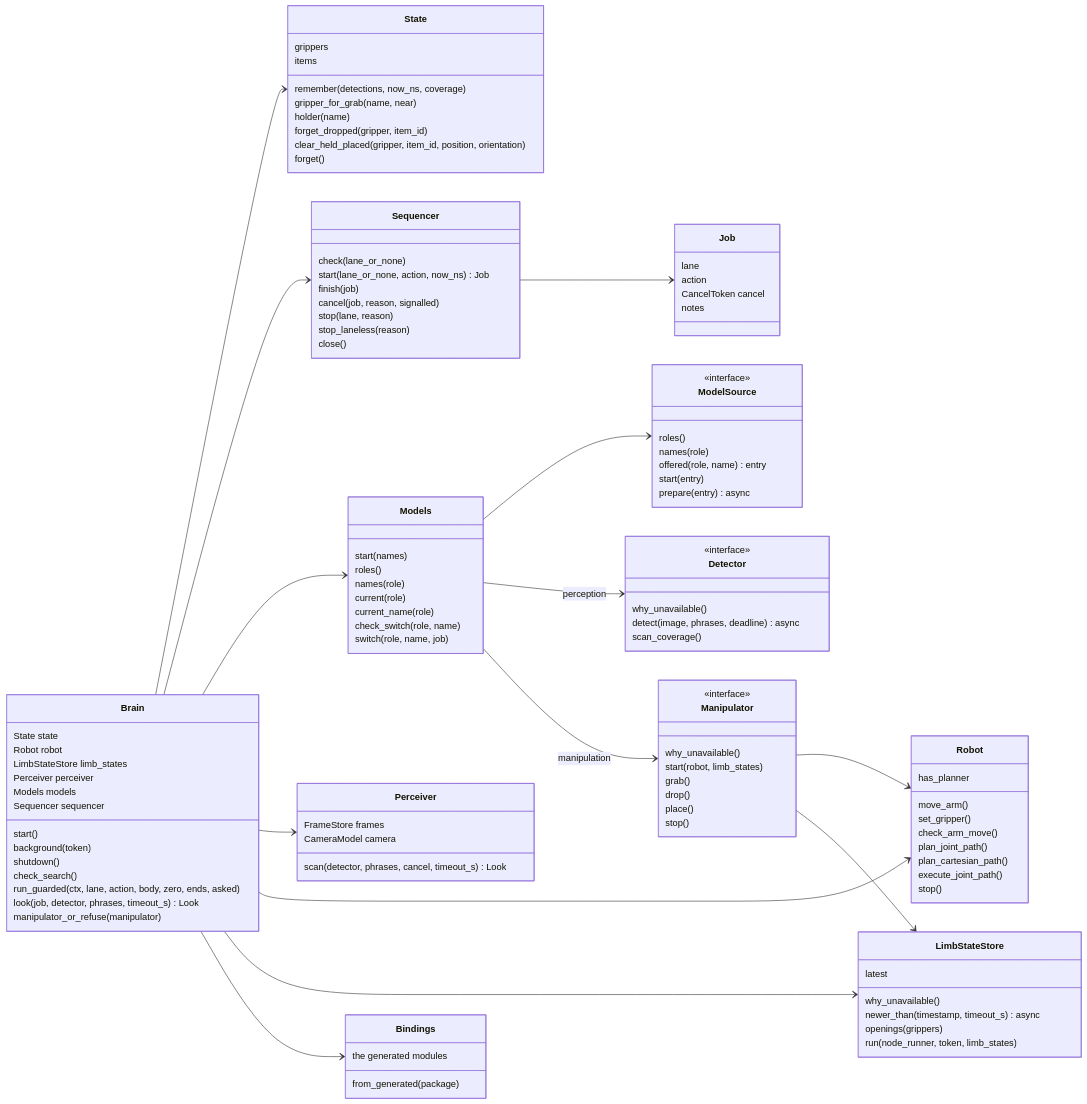
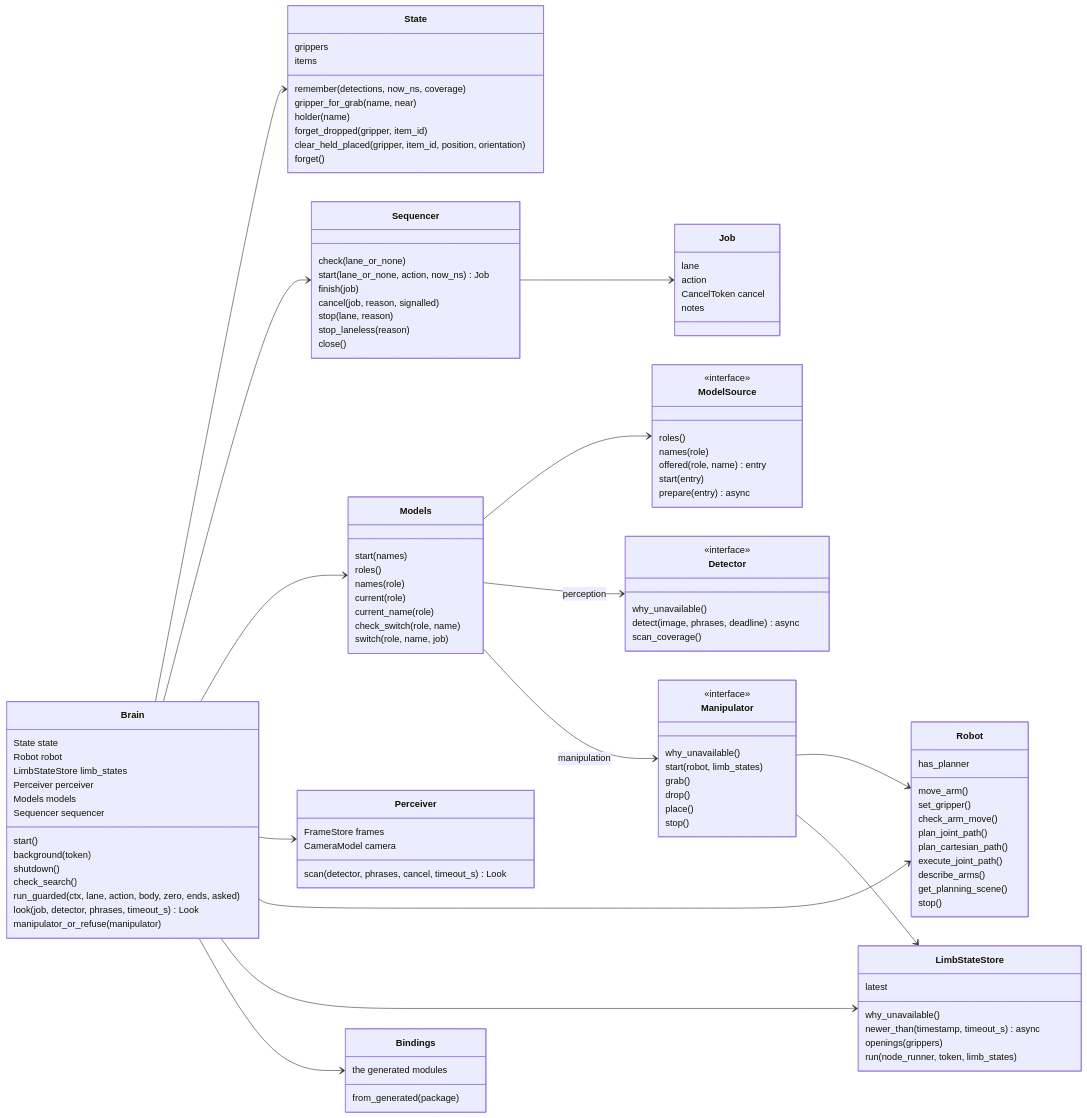
The second of 5 diagrams in brain_core/README.md (Peppy-bot/public-peppy-libs), drawn with Mermaid before and after one commit. The commit also changed other lines of this file and 2 other files, not shown here.

Commit message:
[ROBOTAI-40] brain_core: Robot.describe_arms and Robot.get_planning_scene
Slice 1e of notes/collision_avoidance_plan.md.

Two service calls of the planner, made like check_arm_move: each gives
its answer, or no answer and why (an error reply with its kind, or no
answer in 5 s). describe_arms gives each arm's gripper, joints, grasp
link and gripper links (ArmDescriptions.arm finds one by its limb name).
get_planning_scene gives the free objects and the attached ones, each
with its id, its pose and, for an attached one, its link.

```diff
--- a/brain_core/README.md
+++ b/brain_core/README.md
@@ -221,6 +221,8 @@
         plan_joint_path()
         plan_cartesian_path()
         execute_joint_path()
+        describe_arms()
+        get_planning_scene()
         stop()
     }
     class LimbStateStore {
```
